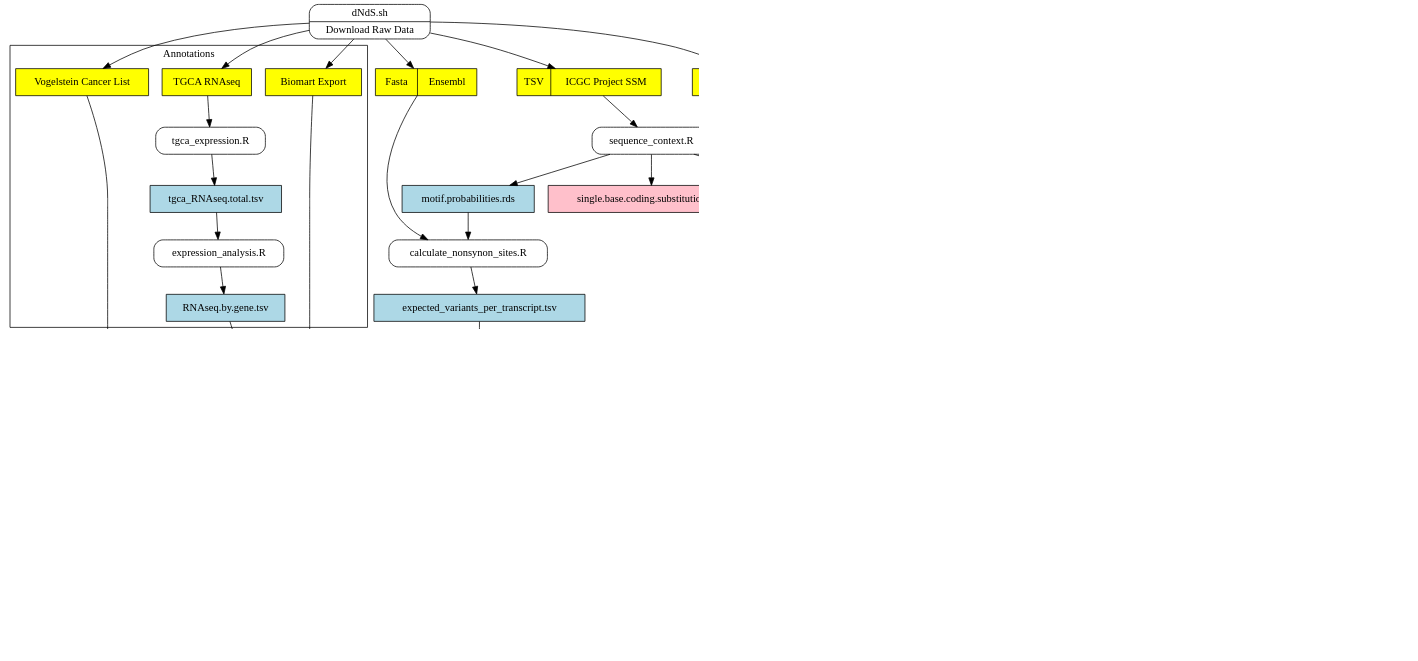
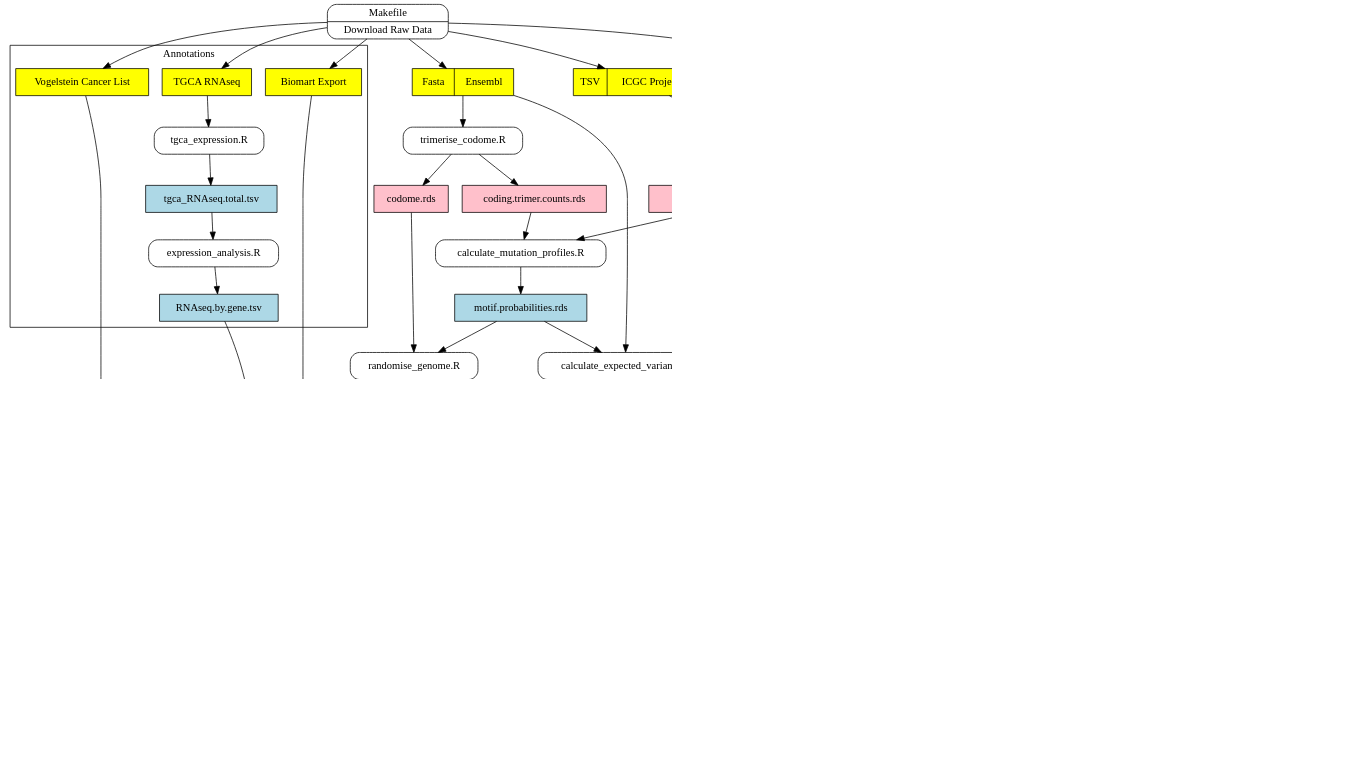
Before and after one commit to daniel-wells/somatic-selection: the diagram in data_flow_diagram.gv, drawn with Graphviz. The commit also changed 1 other file, not shown here.

Commit message:
update data flow diagram
add:
randomisation
trimerised codome

```diff
--- a/data_flow_diagram.gv
+++ b/data_flow_diagram.gv
@@ -1,87 +1,99 @@
 # create on the command line by:
 # dot -Tpng data_flow_diagram.gv -o data_flow_diagram.png
 digraph dfd2{
 	graph [ dpi = 150 ]; 
         node[shape=record]
         subgraph level0{
-        enti1 [label="Fasta | Ensembl", style=filled, fillcolor=yellow];
-        enti2 [label="VFC | ICGC aggregated", style=filled, fillcolor=yellow];
-        enti6 [label="TSV | ICGC Project SSM", style=filled, fillcolor=yellow];
-                        {rank=same; enti1, enti2, enti6}
+        fasta [label="Fasta | Ensembl", style=filled, fillcolor=yellow];
+        ICGCagg [label="VFC | ICGC aggregated", style=filled, fillcolor=yellow];
+        ICGCindiv [label="TSV | ICGC Project SSM", style=filled, fillcolor=yellow];
+                        {rank=same; fasta,ICGCagg,ICGCindiv}
 
-        enti5 [label="expected_variants_per_transcript.tsv" shape=box, style=filled, fillcolor=lightblue];
-        enti8 [label="observed_variants_by_transcript.tsv" shape=box, style=filled, fillcolor=lightblue];
-        enti9 [label="dNdS_by_transcript.tsv" shape=box, style=filled, fillcolor=lightblue];
-        enti10 [label="dNdS_by_gene.tsv" shape=box, style=filled, fillcolor=green];
-        enti11 [label="Graphs.pdf" shape=box, style=filled, fillcolor=green];
+        expected [label="expected_variants_per_transcript.tsv" shape=box, style=filled, fillcolor=lightblue];
+        observed [label="observed_variants_by_transcript.tsv" shape=box, style=filled, fillcolor=lightblue];
+        dndsTranscript [label="dNdS_by_transcript.tsv" shape=box, style=filled, fillcolor=lightblue];
+        dndsgene [label="dNdS_by_gene.tsv" shape=box, style=filled, fillcolor=green];
+        graphs [label="Graphs.pdf" shape=box, style=filled, fillcolor=green];
         enti14 [label="simple_somatic_mutation.aggregated.filtered.vcf" shape=box, style=filled, fillcolor=lightblue];
         enti15 [label="observed_variants_by_transcript.filtered.tsv" shape=box, style=filled, fillcolor=lightblue];
-        enti16 [label="single.base.coding.substitutions.rds" shape=box, style=filled, fillcolor=pink];
-        enti17 [label="coding.trimer.counts.rds" shape=box, style=filled, fillcolor=pink];
-        enti18 [label="motif.probabilities.rds" shape=box, style=filled, fillcolor=lightblue];
-        enti19 [label="simple.somatic.mutations.aggregated.rds" shape=box, style=filled, fillcolor=pink];
+        singleBaseCodingSubs [label="single.base.coding.substitutions.rds" shape=box, style=filled, fillcolor=pink];
+        trimerCounts [label="coding.trimer.counts.rds" shape=box, style=filled, fillcolor=pink];
+        motifProbs [label="motif.probabilities.rds" shape=box, style=filled, fillcolor=lightblue];
+        aggMut [label="simple.somatic.mutations.aggregated.rds" shape=box, style=filled, fillcolor=pink];
+		codome [label="codome.rds" shape=box, style=filled, fillcolor=pink];
+		randomAggregated [label="random.aggregated.tsv" shape=box, style=filled, fillcolor=lightblue];
+		pvalues [label="p.values.tsv" shape=box, style=filled, fillcolor=lightblue];
+		randomisedRaw [label="randomised raw files (multiple)" shape=box, style=filled, fillcolor=lightblue];
 
-        proc1 [label="calculate_nonsynon_sites.R}" shape=Mrecord];
-        proc3 [label="calculate_dNdS.R}" shape=Mrecord];
-        proc4 [label="analyse_dNdS.R}" shape=Mrecord];
-        proc5 [label="flatten_vcf.py}" shape=Mrecord];
-        proc8 [label="{dNdS.sh|Download Raw Data}" shape=Mrecord];
+        calcExpected [label="calculate_expected_variants.R}" shape=Mrecord];
+        calcdnds [label="calculate_dNdS.R}" shape=Mrecord];
+        analysednds [label="analyse_dNdS.R}" shape=Mrecord];
+        flatten [label="flatten_vcf.py}" shape=Mrecord];
+        MakeDownload [label="{Makefile|Download Raw Data}" shape=Mrecord];
         proc9 [label="{dNdS.sh|Filter}" shape=Mrecord];
         proc10 [label="{dNdS.sh|Filter}" shape=Mrecord];
-        proc11 [label="{sequence_context.R}" shape=Mrecord];
+		randomise [label="{randomise_genome.R}" shape=Mrecord];
+		trimerise [label="{trimerise_codome.R}" shape=Mrecord];
+		load [label="{load_mutations.R}" shape=Mrecord];
+		proc10 [label="{dNdS.sh|Filter}" shape=Mrecord];
+        calcProfile [label="{calculate_mutation_profiles.R}" shape=Mrecord];
+		mergeRandom [label="{Makefile|Aggregate files}" shape=Mrecord];
+		calculateP [label="{calculate_pvalues.R}" shape=Mrecord];
         }
 
        subgraph cluster_level1{
-                        label ="Annotations" rank="max";
-        		enti3 [label="Biomart Export" shape=box, style=filled, fillcolor=yellow];
-	        	enti4 [label="Vogelstein Cancer List" shape=box, style=filled, fillcolor=yellow];
-	        	enti12 [label="TGCA RNAseq" shape=box, style=filled, fillcolor=yellow];
+                	label ="Annotations" rank="max";
+        		biomart [label="Biomart Export" shape=box, style=filled, fillcolor=yellow];
+	        	vogelstein [label="Vogelstein Cancer List" shape=box, style=filled, fillcolor=yellow];
+	        	rna [label="TGCA RNAseq" shape=box, style=filled, fillcolor=yellow];
 
-			enti7 [label="tgca_RNAseq.total.tsv" shape=box, style=filled, fillcolor=lightblue];
-			enti13 [label="RNAseq.by.gene.tsv" shape=box, style=filled, fillcolor=lightblue];
+			rnaTotal [label="tgca_RNAseq.total.tsv" shape=box, style=filled, fillcolor=lightblue];
+			rnaGene [label="RNAseq.by.gene.tsv" shape=box, style=filled, fillcolor=lightblue];
 
-	        	proc6 [label="tgca_expression.R}" shape=Mrecord];
-	        	proc7 [label="expression_analysis.R}" shape=Mrecord];
+	        	expression [label="tgca_expression.R}" shape=Mrecord];
+	        	expressionAnalysis [label="expression_analysis.R}" shape=Mrecord];
 
                        # store1 [label="<f0>    |<f1> Data store one"];
                        # store2 [label="<f0>   |<f1> Data store two"];
                        # {rank=same; store1, store2}
 
         }
 
 	subgraph cluster_level2{
                         label ="Key" fontsize="25" rank="min";
-        		raw [label="Raw Data" shape=box, style=filled, fillcolor=yellow];
+        raw [label="Raw Data" shape=box, style=filled, fillcolor=yellow];
 		data [label="Intermediate Data" shape=box, style=filled, fillcolor=lightblue];
 		cachedata [label="Cached Data" shape=box, style=filled, fillcolor=pink];
-	       results [label="Result" shape=box, style=filled, fillcolor=green];
-	        	script [label="Script" shape=Mrecord];
+	    results [label="Result" shape=box, style=filled, fillcolor=green];
+	    script [label="Script" shape=Mrecord];
         }
 
 	# Download Data
-	proc8 -> {enti1, enti2, enti3, enti4, enti12, enti6}
+	MakeDownload -> {fasta, ICGCagg, ICGCindiv, biomart, vogelstein, rna}
 	
-	enti6 -> proc11
-	proc11 -> {enti16,enti17,enti18,enti19}
-	enti18 -> proc1
+	ICGCindiv -> load -> {singleBaseCodingSubs,aggMut}
+	{singleBaseCodingSubs,trimerCounts} -> calcProfile -> motifProbs
+	{fasta,motifProbs} -> calcExpected -> expected -> calcdnds 	-> dndsTranscript -> analysednds -> {graphs dndsgene}
 	
 	# Ensembl Fasta
-	enti1 -> proc1 -> enti5 -> proc3
+	fasta -> trimerise -> {codome,trimerCounts}
+	
+	# Create random genomes and calculate Pvalues
+	{codome,motifProbs} -> randomise -> randomisedRaw -> mergeRandom -> randomAggregated -> calculateP -> pvalues -> analysednds
+		dndsTranscript -> calculateP
 
 	# ICGC VCF
-	enti2 -> proc9 -> enti14 -> proc5-> enti8-> proc10-> enti15 -> proc3
+	ICGCagg -> proc9 -> enti14 -> flatten -> observed -> proc10-> enti15 -> calcdnds
 
-	# Calculate dNdS to results
-	proc3 -> enti9 -> proc4 -> {enti10 enti11}
 
 	# Add annotations
-	{enti3,enti4} -> proc4 
+	{biomart,vogelstein} -> analysednds
 
 	# RNA Expression
-	enti12 -> proc6 -> enti7 -> proc7 -> enti13 -> proc4
+	rna -> expression -> rnaTotal -> expressionAnalysis -> rnaGene -> analysednds
 
 	# Key
 #	raw -> script -> data -> results [style=invis]
-	 enti9 -> script  [style=invis, minlen=2]
+	 enti15 -> script  [style=invis, minlen=4]
 
 }
```
